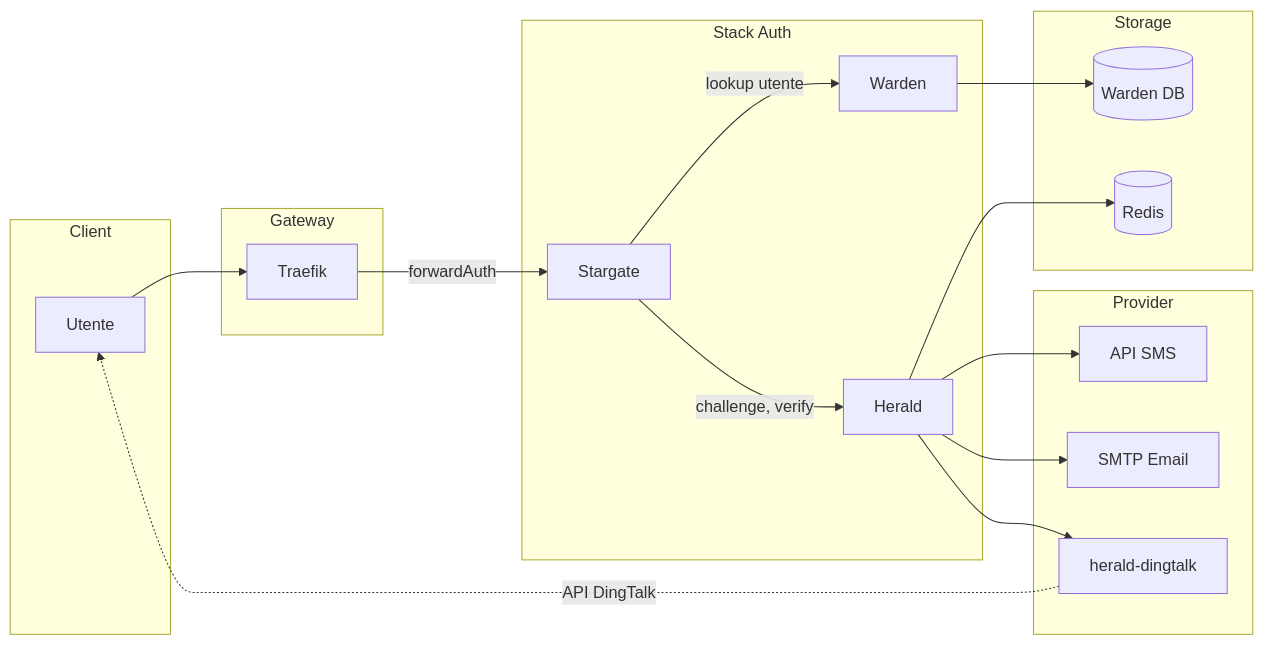
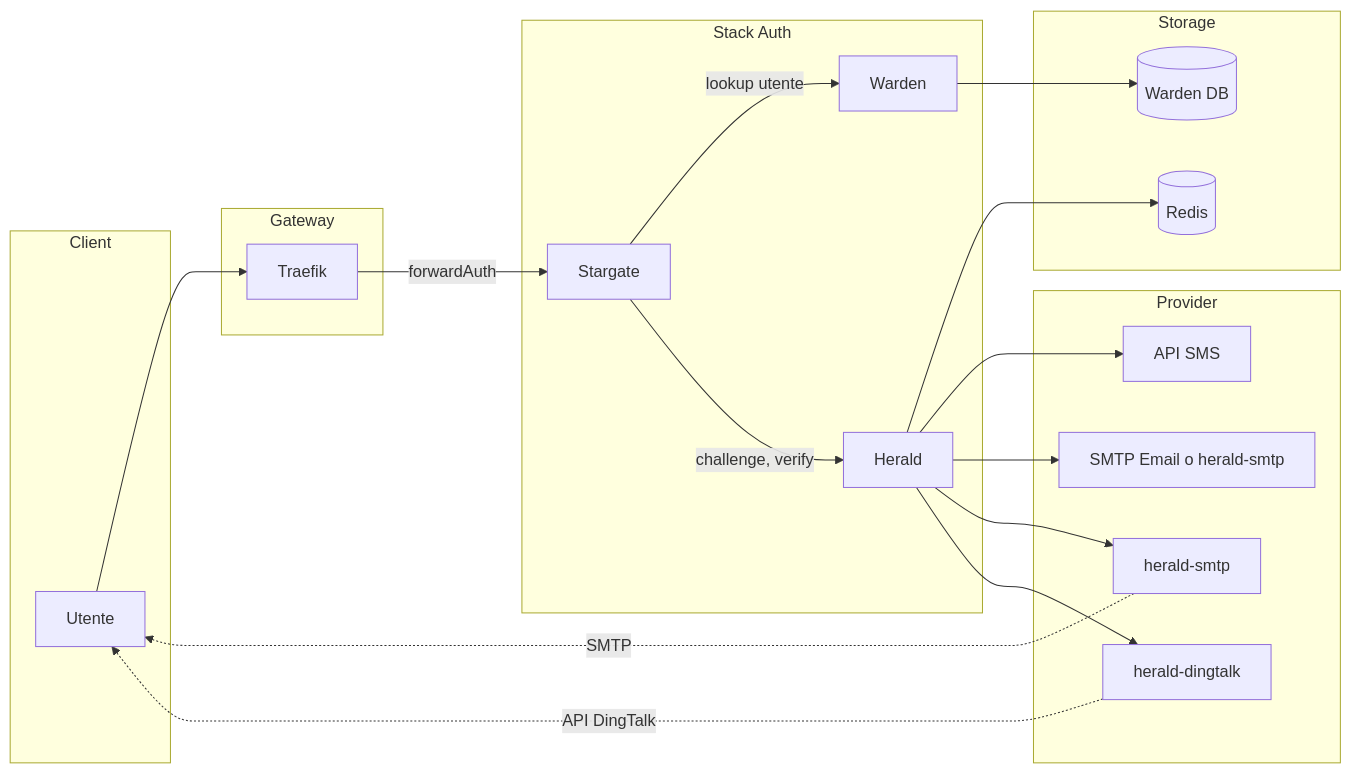
Before and after one commit to soulteary/herald: the diagram in docs/itIT/ARCHITECTURE.md, drawn with Mermaid. The commit also changed other lines of this file and 27 other files, not shown here.

Commit message:
feat: use herald-smtp

````diff
--- a/docs/itIT/ARCHITECTURE.md
+++ b/docs/itIT/ARCHITECTURE.md
@@ -11,38 +11,41 @@
 ```mermaid
 flowchart LR
   subgraph client [Client]
     User[Utente]
   end
 
   subgraph gateway [Gateway]
     Traefik[Traefik]
   end
 
   subgraph auth [Stack Auth]
     Stargate[Stargate]
     Warden[Warden]
     Herald[Herald]
   end
 
   subgraph storage [Storage]
     Redis[(Redis)]
     DB[(Warden DB)]
   end
 
   subgraph providers [Provider]
     SMS[API SMS]
-    Email[SMTP Email]
+    Email[SMTP Email o herald-smtp]
+    HeraldSMTP[herald-smtp]
     HeraldDingtalk[herald-dingtalk]
   end
 
   User --> Traefik
   Traefik -->|forwardAuth| Stargate
   Stargate -->|lookup utente| Warden
   Stargate -->|challenge, verify| Herald
   Warden --> DB
   Herald --> Redis
   Herald --> SMS
   Herald --> Email
+  Herald --> HeraldSMTP
   Herald --> HeraldDingtalk
+  HeraldSMTP -.->|SMTP| User
   HeraldDingtalk -.->|API DingTalk| User
 ```
````
